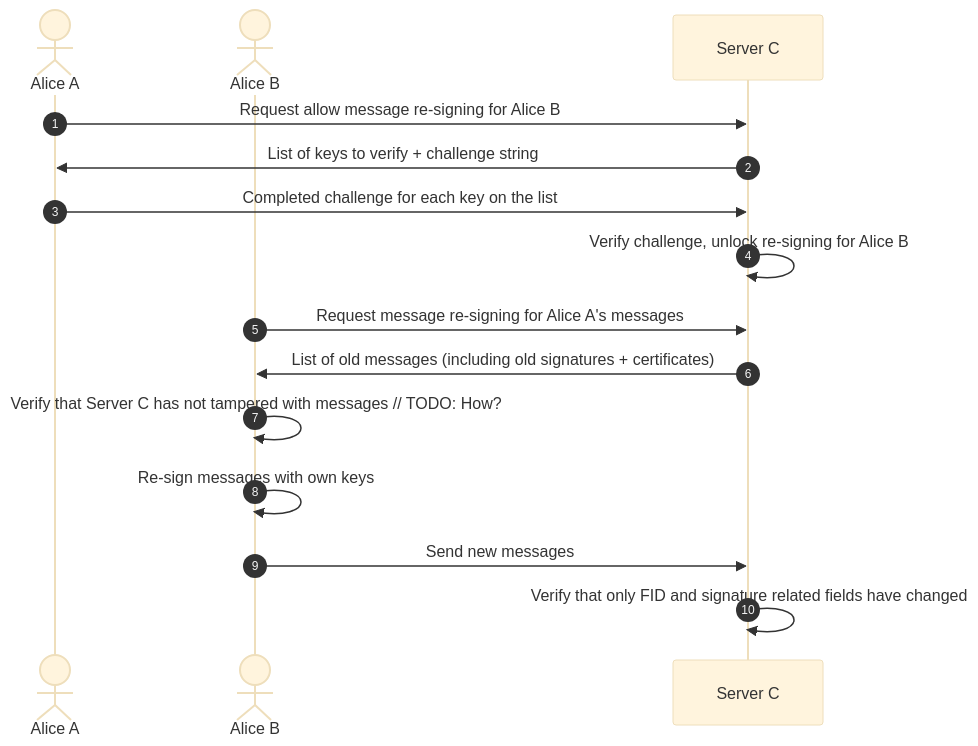
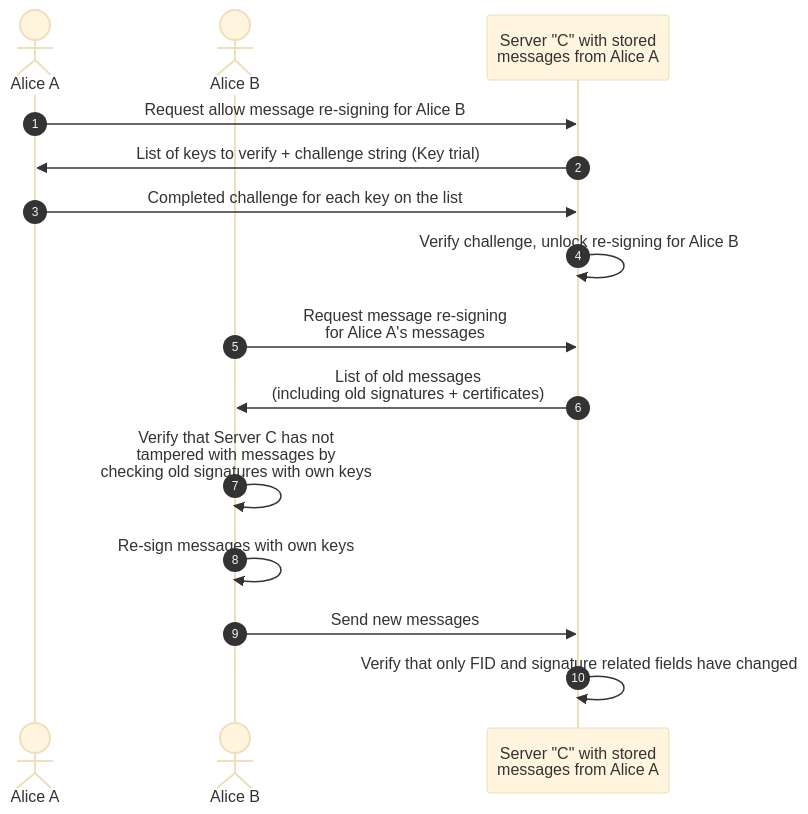
The sixth of 8 diagrams in docs/Protocol Specifications/core.md (polyphony-chat/docs), drawn with Mermaid (base theme) before and after one commit. The commit also changed other lines of this file, not shown here.

````diff
--- a/docs/Protocol Specifications/core.md
+++ b/docs/Protocol Specifications/core.md
@@ -860,19 +868,19 @@
 ```mermaid
 sequenceDiagram
 autonumber
 
 actor aa as Alice A
 actor ab as Alice B
-participant sc as Server C
+participant sc as Server "C" with stored<br/>messages from Alice A
 
 aa->>sc: Request allow message re-signing for Alice B
-sc->>aa: List of keys to verify + challenge string
+sc->>aa: List of keys to verify + challenge string (Key trial)
 aa->>sc: Completed challenge for each key on the list
 sc->>sc: Verify challenge, unlock re-signing for Alice B
-ab->>sc: Request message re-signing for Alice A's messages
-sc->>ab: List of old messages (including old signatures + certificates)
-ab->>ab: Verify that Server C has not tampered with messages // TODO: How?
+ab->>sc: Request message re-signing<br/>for Alice A's messages
+sc->>ab: List of old messages<br/>(including old signatures + certificates)
+ab->>ab: Verify that Server C has not<br/>tampered with messages by<br/>checking old signatures with own keys
 ab->>ab: Re-sign messages with own keys
 ab->>sc: Send new messages
 sc->>sc: Verify that only FID and signature related fields have changed
 ```
````
